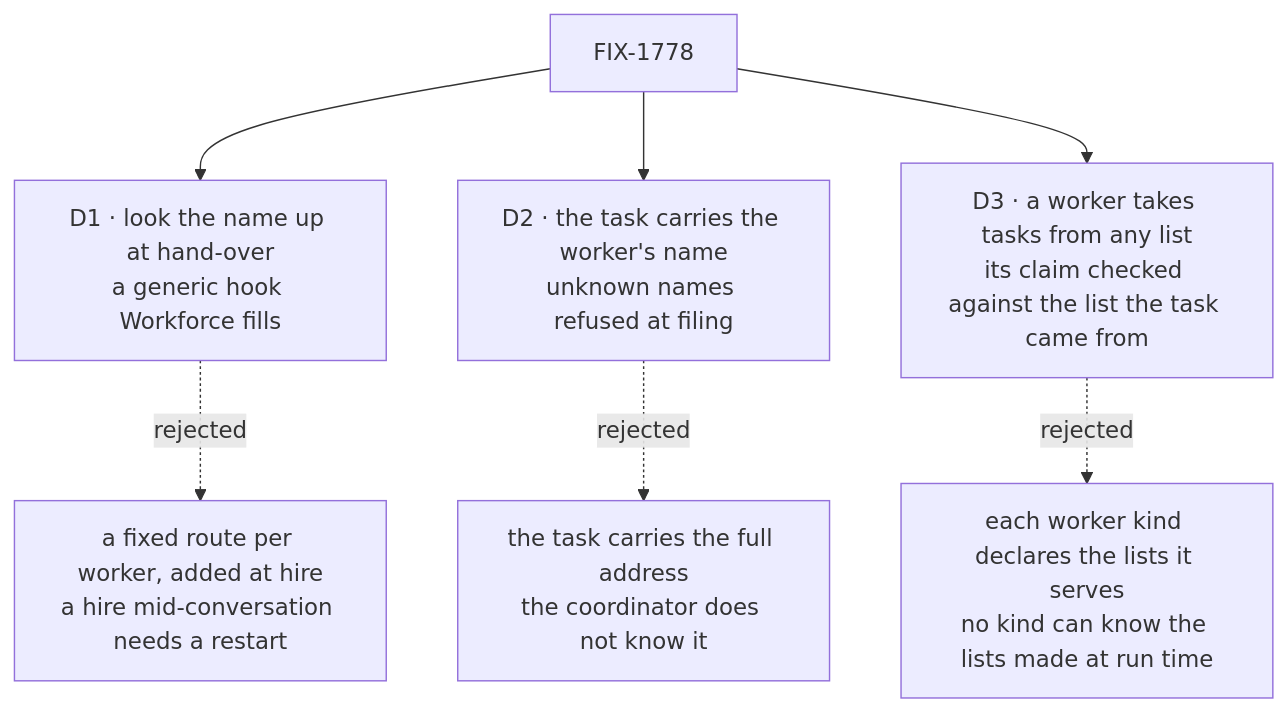
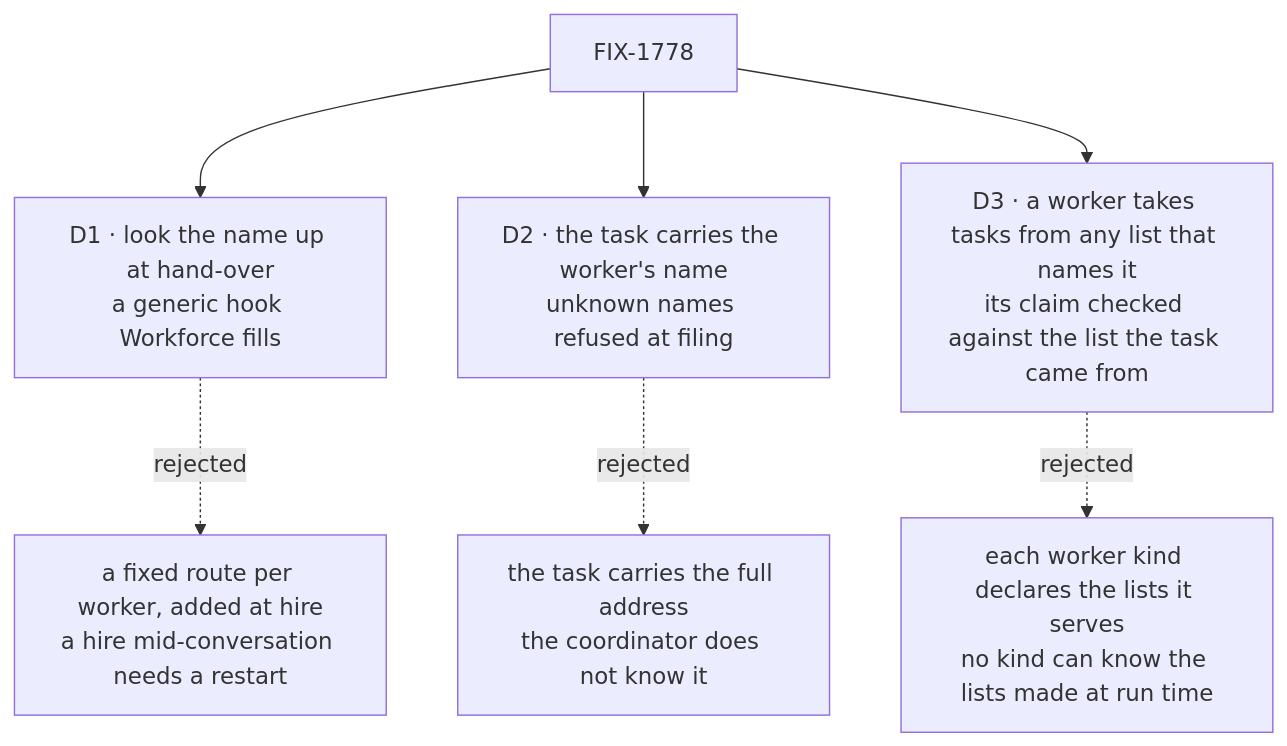
One commit to fixpoint-labs/flow-state-dev changed the diagram in specs/issues/FIX-1778/DECISIONS.md. Above: the diagram before and after it, drawn with Mermaid. The commit also changed other lines of this file and 6 other files, not shown here.

First line of the commit message:
spec(FIX-1778): review round 1 — D3 fence open (recommend list's workers), ambiguous names, fired-worker rule, one gate

````diff
--- a/specs/issues/FIX-1778/DECISIONS.md
+++ b/specs/issues/FIX-1778/DECISIONS.md
@@ -11,9 +11,9 @@
 ```mermaid
 flowchart TD
   I["FIX-1778"] --> D1["D1 · look the name up at hand-over<br/>a generic hook Workforce fills"]
   D1 -.->|"rejected"| X1["a fixed route per worker, added at hire<br/>a hire mid-conversation needs a restart"]
   I --> D2["D2 · the task carries the worker's name<br/>unknown names refused at filing"]
   D2 -.->|"rejected"| X2["the task carries the full address<br/>the coordinator does not know it"]
-  I --> D3["D3 · a worker takes tasks from any list<br/>its claim checked against the list the task came from"]
+  I --> D3["D3 · a worker takes tasks from any list that names it<br/>its claim checked against the list the task came from"]
   D3 -.->|"rejected"| X3["each worker kind declares the lists it serves<br/>no kind can know the lists made at run time"]
 ```
````
